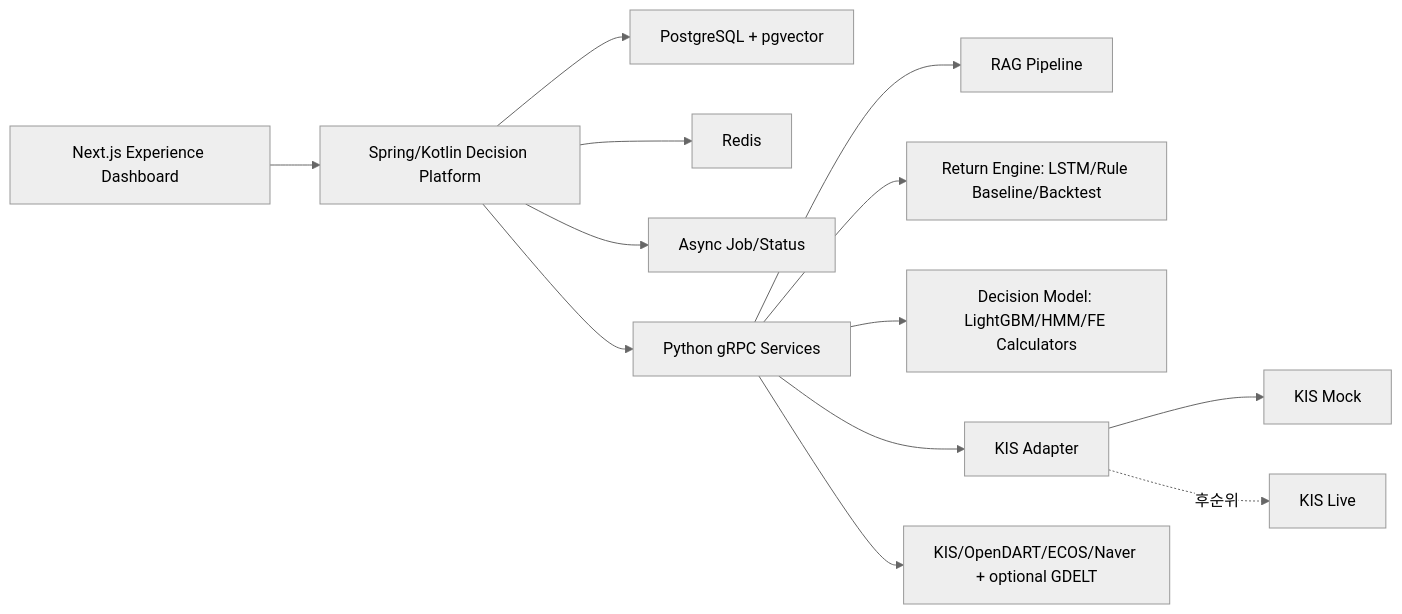
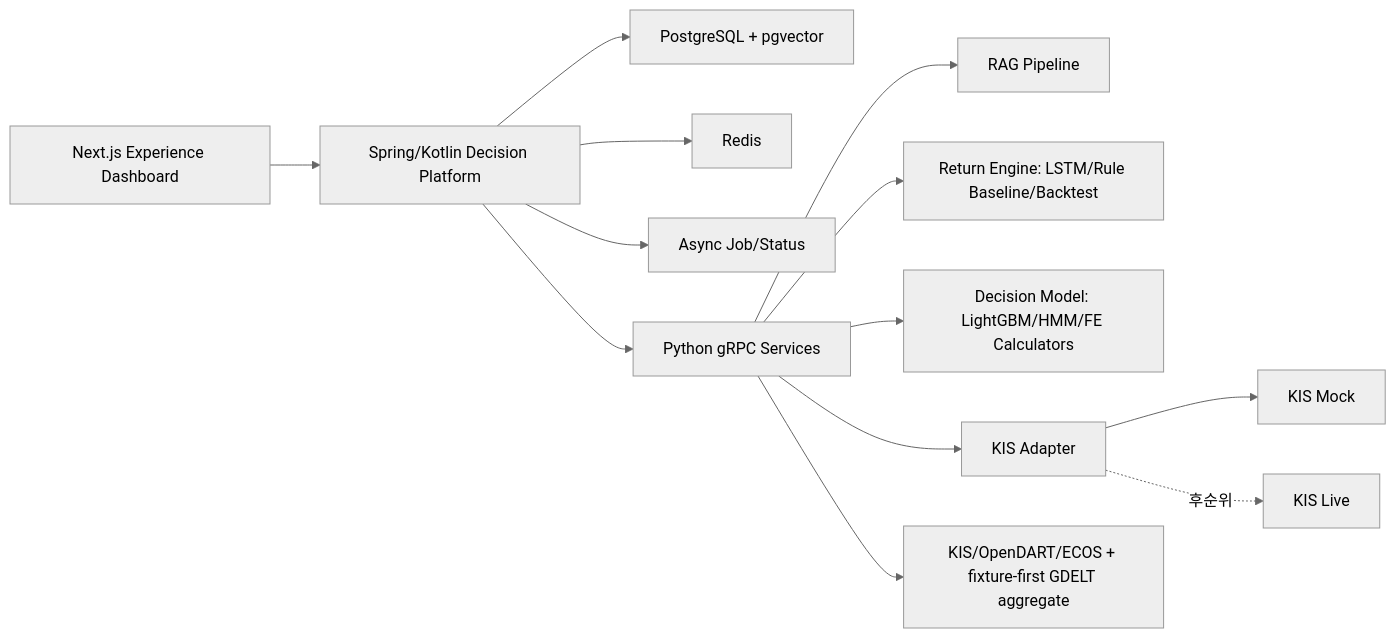
Before and after one commit to robinhood0107/Capstone-AI-Trading-Coach: the diagram in docs/API_명세서.md, drawn with Mermaid (neutral theme). The commit also changed other lines of this file and 10 other files, not shown here.

Commit message:
docs(S1.3G): Naver 퇴역과 GDELT 권한 명시 #20

````diff
--- a/docs/API_명세서.md
+++ b/docs/API_명세서.md
@@ -45,15 +53,15 @@
 ```mermaid
 flowchart LR
   FE["Next.js Experience Dashboard"] --> SPRING["Spring/Kotlin Decision Platform"]
   SPRING --> DB["PostgreSQL + pgvector"]
   SPRING --> REDIS["Redis"]
   SPRING --> ASYNC["Async Job/Status"]
   SPRING --> GRPC["Python gRPC Services"]
   GRPC --> RAG["RAG Pipeline"]
   GRPC --> RETURN["Return Engine: LSTM/Rule Baseline/Backtest"]
   GRPC --> DECISION_MODEL["Decision Model: LightGBM/HMM/FE Calculators"]
   GRPC --> KIS["KIS Adapter"]
-  GRPC --> DATA["KIS/OpenDART/ECOS/Naver + optional GDELT"]
+  GRPC --> DATA["KIS/OpenDART/ECOS + fixture-first GDELT aggregate"]
   KIS --> MOCK["KIS Mock"]
   KIS -. 후순위 .-> LIVE["KIS Live"]
 ```
````
